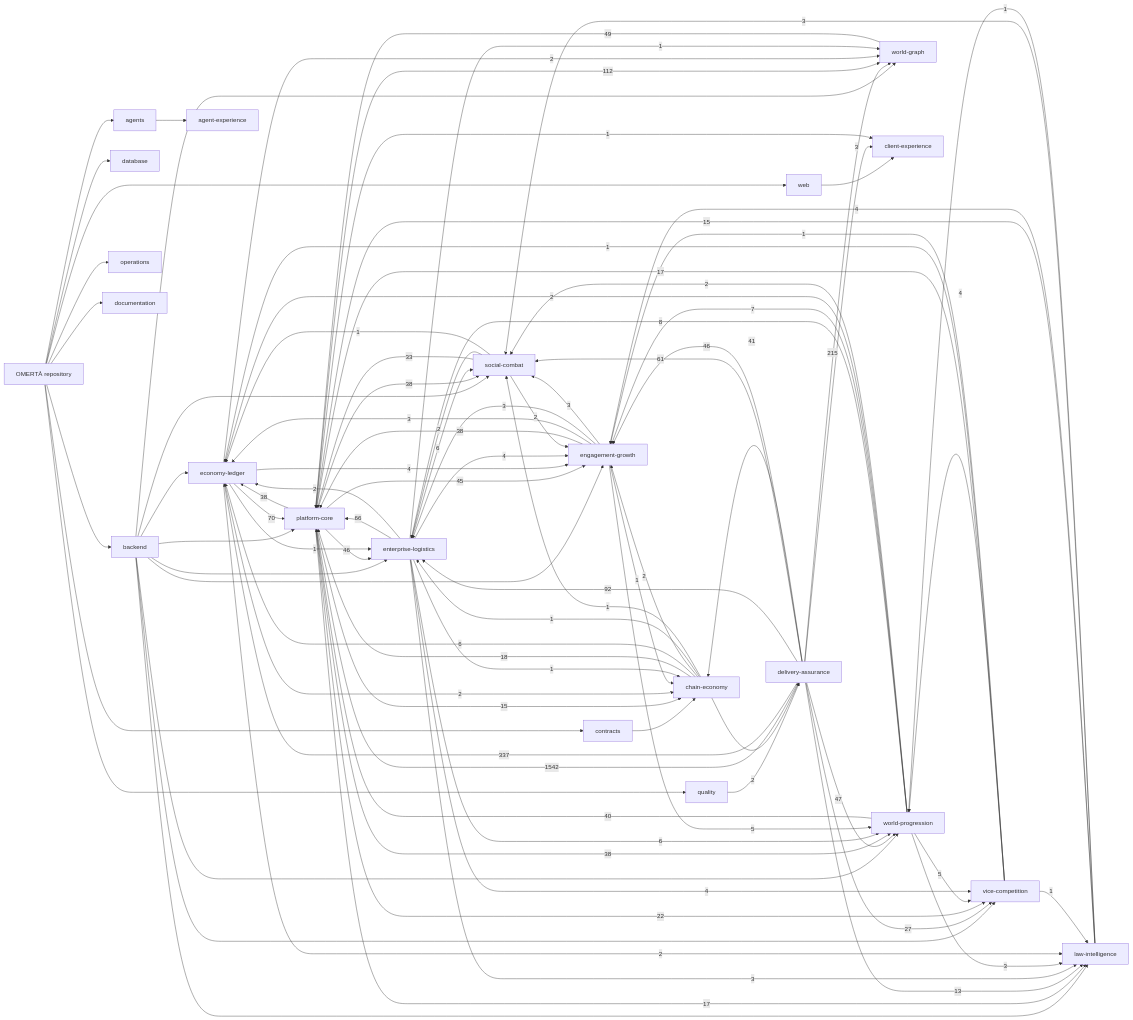
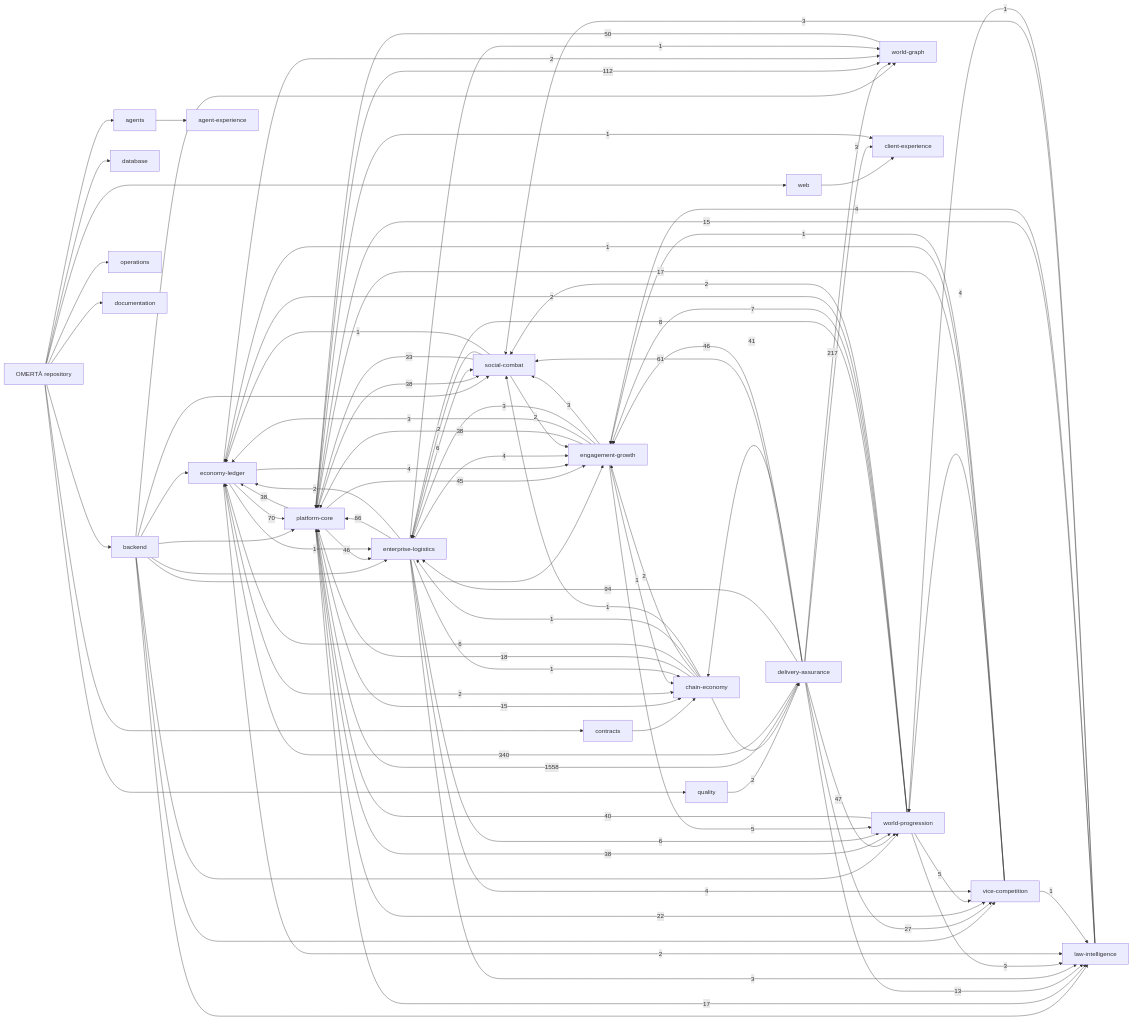
The diagram in knowledge/generated/graph.mmd (OmertaDev/Omerta), drawn with Mermaid before and after one commit. The commit also changed 7 other files, not shown here.

```diff
--- a/knowledge/generated/graph.mmd
+++ b/knowledge/generated/graph.mmd
@@ -1,113 +1,113 @@
 flowchart LR
   repo["OMERTÀ repository"]
   sub_backend["backend"]
   repo --> sub_backend
   sub_database["database"]
   repo --> sub_database
   sub_web["web"]
   repo --> sub_web
   sub_contracts["contracts"]
   repo --> sub_contracts
   sub_agents["agents"]
   repo --> sub_agents
   sub_quality["quality"]
   repo --> sub_quality
   sub_operations["operations"]
   repo --> sub_operations
   sub_documentation["documentation"]
   repo --> sub_documentation
   dom_platform-core["platform-core"]
   dom_economy-ledger["economy-ledger"]
   dom_social-combat["social-combat"]
   dom_world-progression["world-progression"]
   dom_world-graph["world-graph"]
   dom_enterprise-logistics["enterprise-logistics"]
   dom_vice-competition["vice-competition"]
   dom_law-intelligence["law-intelligence"]
   dom_chain-economy["chain-economy"]
   dom_engagement-growth["engagement-growth"]
   dom_client-experience["client-experience"]
   dom_agent-experience["agent-experience"]
   dom_delivery-assurance["delivery-assurance"]
   sub_agents --> dom_agent-experience
   sub_backend --> dom_economy-ledger
   sub_backend --> dom_engagement-growth
   sub_backend --> dom_enterprise-logistics
   sub_backend --> dom_law-intelligence
   sub_backend --> dom_platform-core
   sub_backend --> dom_social-combat
   sub_backend --> dom_vice-competition
   sub_backend --> dom_world-graph
   sub_backend --> dom_world-progression
   sub_contracts --> dom_chain-economy
   sub_quality --> dom_delivery-assurance
   sub_web --> dom_client-experience
-  dom_delivery-assurance -->|1542| dom_platform-core
-  dom_delivery-assurance -->|337| dom_economy-ledger
-  dom_delivery-assurance -->|215| dom_world-graph
+  dom_delivery-assurance -->|1558| dom_platform-core
+  dom_delivery-assurance -->|340| dom_economy-ledger
+  dom_delivery-assurance -->|217| dom_world-graph
   dom_platform-core -->|112| dom_world-graph
-  dom_delivery-assurance -->|92| dom_enterprise-logistics
+  dom_delivery-assurance -->|94| dom_enterprise-logistics
   dom_economy-ledger -->|70| dom_platform-core
   dom_enterprise-logistics -->|66| dom_platform-core
   dom_delivery-assurance -->|61| dom_social-combat
-  dom_world-graph -->|49| dom_platform-core
+  dom_world-graph -->|50| dom_platform-core
   dom_delivery-assurance -->|47| dom_world-progression
   dom_delivery-assurance -->|46| dom_engagement-growth
   dom_platform-core -->|46| dom_enterprise-logistics
   dom_platform-core -->|45| dom_engagement-growth
   dom_delivery-assurance -->|41| dom_chain-economy
   dom_world-progression -->|40| dom_platform-core
   dom_engagement-growth -->|38| dom_platform-core
   dom_platform-core -->|38| dom_economy-ledger
   dom_platform-core -->|38| dom_social-combat
   dom_platform-core -->|38| dom_world-progression
   dom_social-combat -->|33| dom_platform-core
   dom_delivery-assurance -->|27| dom_vice-competition
   dom_platform-core -->|22| dom_vice-competition
   dom_chain-economy -->|18| dom_platform-core
   dom_platform-core -->|17| dom_law-intelligence
   dom_vice-competition -->|17| dom_platform-core
   dom_law-intelligence -->|15| dom_platform-core
   dom_platform-core -->|15| dom_chain-economy
   dom_delivery-assurance -->|13| dom_law-intelligence
   dom_world-progression -->|8| dom_enterprise-logistics
   dom_world-progression -->|7| dom_engagement-growth
   dom_chain-economy -->|6| dom_economy-ledger
   dom_enterprise-logistics -->|6| dom_social-combat
   dom_enterprise-logistics -->|6| dom_world-progression
   dom_engagement-growth -->|5| dom_world-progression
   dom_world-progression -->|5| dom_vice-competition
   dom_economy-ledger -->|4| dom_engagement-growth
   dom_enterprise-logistics -->|4| dom_engagement-growth
   dom_enterprise-logistics -->|4| dom_vice-competition
   dom_law-intelligence -->|4| dom_engagement-growth
   dom_vice-competition -->|4| dom_world-progression
   dom_delivery-assurance -->|3| dom_client-experience
   dom_engagement-growth -->|3| dom_economy-ledger
   dom_engagement-growth -->|3| dom_enterprise-logistics
   dom_engagement-growth -->|3| dom_social-combat
   dom_enterprise-logistics -->|3| dom_law-intelligence
   dom_law-intelligence -->|3| dom_social-combat
   dom_world-progression -->|3| dom_law-intelligence
   dom_chain-economy -->|2| dom_delivery-assurance
   dom_chain-economy -->|2| dom_engagement-growth
   dom_economy-ledger -->|2| dom_chain-economy
   dom_economy-ledger -->|2| dom_law-intelligence
   dom_economy-ledger -->|2| dom_world-graph
   dom_enterprise-logistics -->|2| dom_economy-ledger
   dom_social-combat -->|2| dom_engagement-growth
   dom_social-combat -->|2| dom_enterprise-logistics
   dom_world-progression -->|2| dom_economy-ledger
   dom_world-progression -->|2| dom_social-combat
   dom_chain-economy -->|1| dom_enterprise-logistics
   dom_chain-economy -->|1| dom_social-combat
   dom_economy-ledger -->|1| dom_enterprise-logistics
   dom_engagement-growth -->|1| dom_chain-economy
   dom_enterprise-logistics -->|1| dom_chain-economy
   dom_enterprise-logistics -->|1| dom_world-graph
   dom_law-intelligence -->|1| dom_world-progression
   dom_platform-core -->|1| dom_client-experience
   dom_social-combat -->|1| dom_economy-ledger
   dom_vice-competition -->|1| dom_economy-ledger
   dom_vice-competition -->|1| dom_engagement-growth
   dom_vice-competition -->|1| dom_law-intelligence
```
